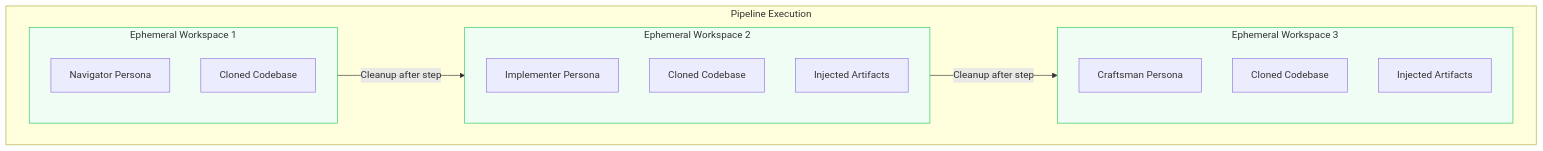
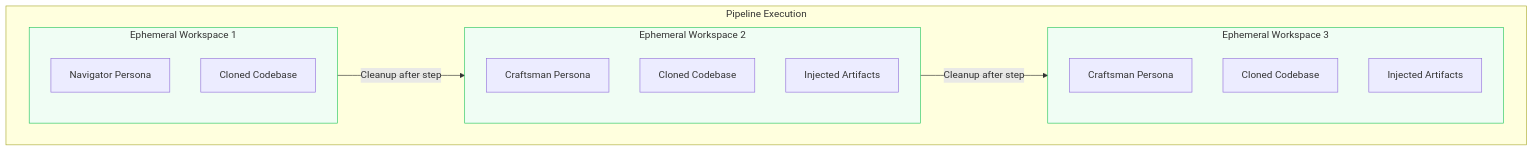
Before and after one commit to re-cinq/wave: the third of 3 diagrams in docs/concepts/personas.md, drawn with Mermaid. The commit also changed other lines of this file and 68 other files, not shown here.

First line of the commit message:
feat: improve persona architecture based on Claude Code Teams analysis

````diff
--- a/docs/concepts/personas.md
+++ b/docs/concepts/personas.md
@@ -254,28 +219,28 @@
 ```mermaid
 flowchart TB
     subgraph Pipeline["Pipeline Execution"]
         subgraph WS1["Ephemeral Workspace 1"]
             N[Navigator Persona]
             F1[Cloned Codebase]
         end
 
         subgraph WS2["Ephemeral Workspace 2"]
-            I[Implementer Persona]
+            I[Craftsman Persona]
             F2[Cloned Codebase]
             A1[Injected Artifacts]
         end
 
         subgraph WS3["Ephemeral Workspace 3"]
             T[Craftsman Persona]
             F3[Cloned Codebase]
             A2[Injected Artifacts]
         end
     end
 
     WS1 -->|"Cleanup after step"| WS2
     WS2 -->|"Cleanup after step"| WS3
 
     style WS1 fill:#f0fdf4,stroke:#22c55e
     style WS2 fill:#f0fdf4,stroke:#22c55e
     style WS3 fill:#f0fdf4,stroke:#22c55e
 ```
````
